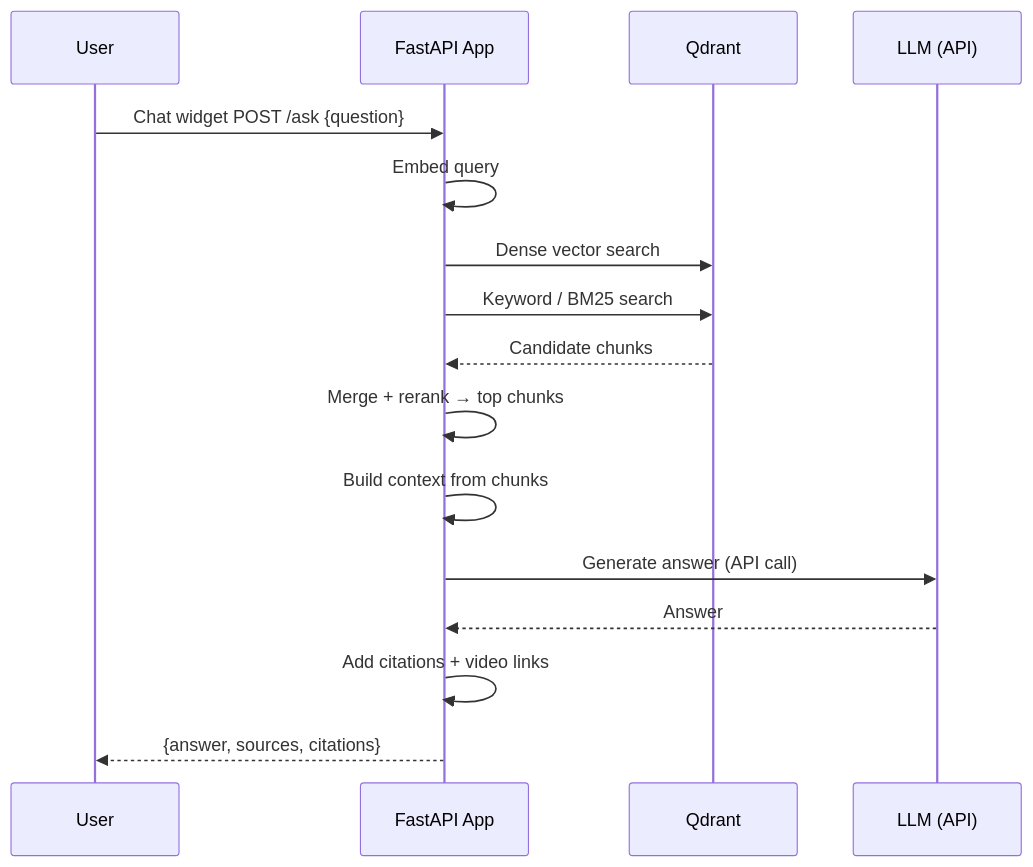
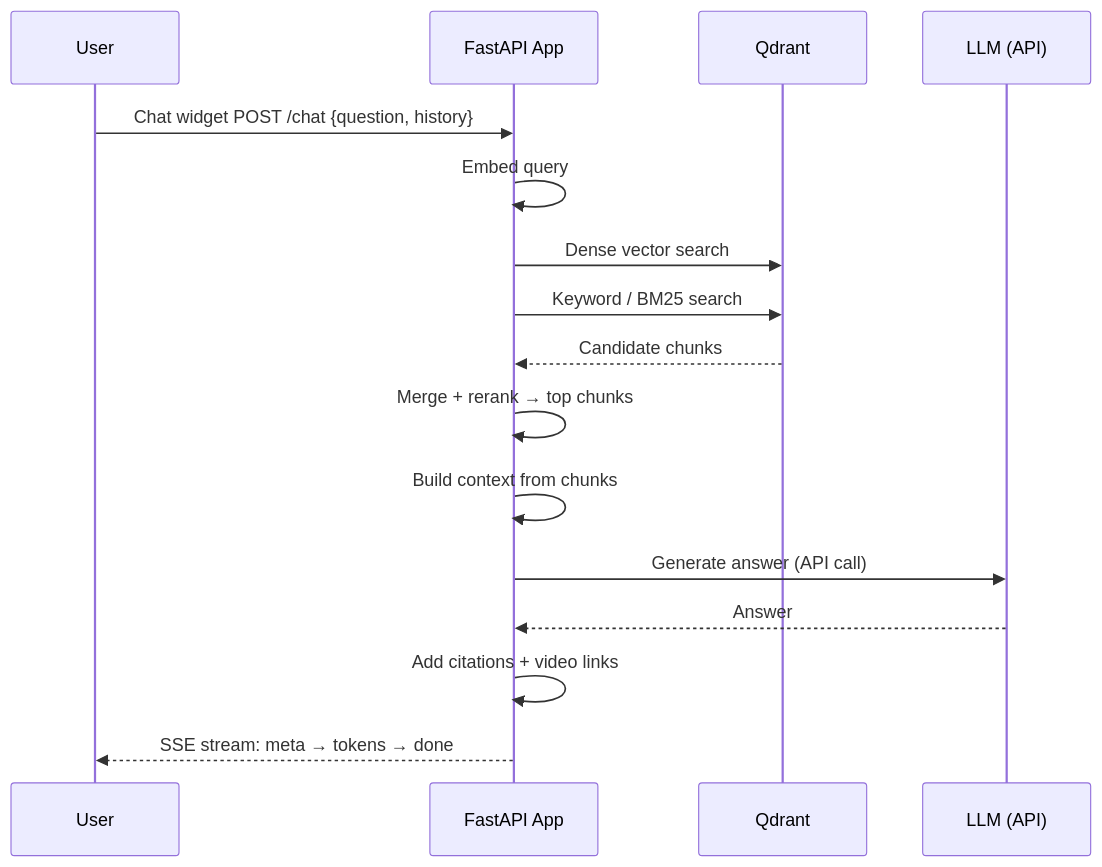
Before and after one commit to biplovbhandari/earthrise-book-assistant: the second of 6 diagrams in system-design/architecture_overview.md, drawn with Mermaid. The commit also changed other lines of this file and 2 other files, not shown here.

Commit message:
Update architecture docs and README for /chat endpoint and widget

````diff
--- a/system-design/architecture_overview.md
+++ b/system-design/architecture_overview.md
@@ -56,19 +56,19 @@
 ```mermaid
 sequenceDiagram
   participant User
   participant App as FastAPI App
   participant DB as Qdrant
   participant LLM as LLM (API)
 
-  User->>App: Chat widget POST /ask {question}
+  User->>App: Chat widget POST /chat {question, history}
   App->>App: Embed query
   App->>DB: Dense vector search
   App->>DB: Keyword / BM25 search
   DB-->>App: Candidate chunks
   App->>App: Merge + rerank → top chunks
   App->>App: Build context from chunks
   App->>LLM: Generate answer (API call)
   LLM-->>App: Answer
   App->>App: Add citations + video links
-  App-->>User: {answer, sources, citations}
+  App-->>User: SSE stream: meta → tokens → done
 ```
````
